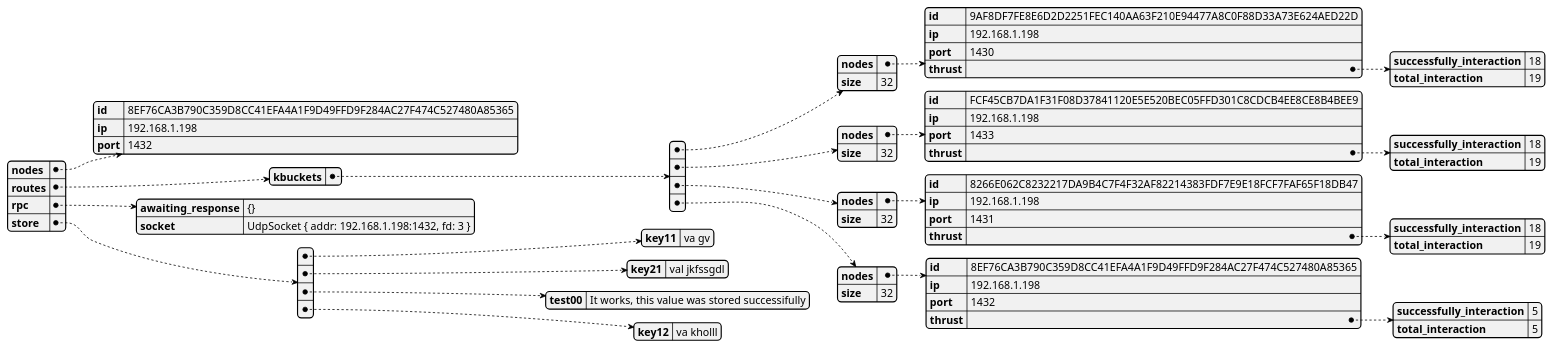
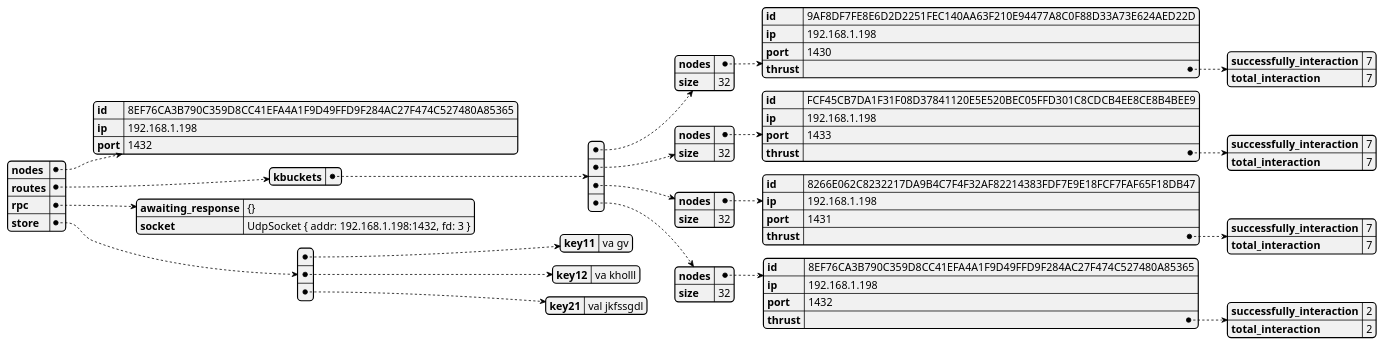
One commit to GoliathHagar/distributed_legder_kademlia changed the diagram in src/distributed_legder/state_dumps/self.json.plantuml. Above: the diagram before and after it, drawn with PlantUML. The commit also changed 9 other files, not shown here.

```diff
--- a/src/distributed_legder/state_dumps/self.json.plantuml
+++ b/src/distributed_legder/state_dumps/self.json.plantuml
@@ -1,3 +1,3 @@
 @startjson
-{"nodes":{"id":"8EF76CA3B790C359D8CC41EFA4A1F9D49FFD9F284AC27F474C527480A85365","ip":"192.168.1.198","port":1432},"routes":{"kbuckets":[{"nodes":{"id":"9AF8DF7FE8E6D2D2251FEC140AA63F210E94477A8C0F88D33A73E624AED22D","ip":"192.168.1.198","port":1430,"thrust":{"successfully_interaction":18,"total_interaction":19}},"size":32},{"nodes":{"id":"FCF45CB7DA1F31F08D37841120E5E520BEC05FFD301C8CDCB4EE8CE8B4BEE9","ip":"192.168.1.198","port":1433,"thrust":{"successfully_interaction":18,"total_interaction":19}},"size":32},{"nodes":{"id":"8266E062C8232217DA9B4C7F4F32AF82214383FDF7E9E18FCF7FAF65F18DB47","ip":"192.168.1.198","port":1431,"thrust":{"successfully_interaction":18,"total_interaction":19}},"size":32},{"nodes":{"id":"8EF76CA3B790C359D8CC41EFA4A1F9D49FFD9F284AC27F474C527480A85365","ip":"192.168.1.198","port":1432,"thrust":{"successfully_interaction":5,"total_interaction":5}},"size":32}]},"rpc":{"awaiting_response":"{}","socket":"UdpSocket { addr: 192.168.1.198:1432, fd: 3 }"},"store":[{"key11":"va gv"},{"key21":"val jkfssgdl"},{"test00":"It works, this value was stored successifully"},{"key12":"va kholll"}]}
+{"nodes":{"id":"8EF76CA3B790C359D8CC41EFA4A1F9D49FFD9F284AC27F474C527480A85365","ip":"192.168.1.198","port":1432},"routes":{"kbuckets":[{"nodes":{"id":"9AF8DF7FE8E6D2D2251FEC140AA63F210E94477A8C0F88D33A73E624AED22D","ip":"192.168.1.198","port":1430,"thrust":{"successfully_interaction":7,"total_interaction":7}},"size":32},{"nodes":{"id":"FCF45CB7DA1F31F08D37841120E5E520BEC05FFD301C8CDCB4EE8CE8B4BEE9","ip":"192.168.1.198","port":1433,"thrust":{"successfully_interaction":7,"total_interaction":7}},"size":32},{"nodes":{"id":"8266E062C8232217DA9B4C7F4F32AF82214383FDF7E9E18FCF7FAF65F18DB47","ip":"192.168.1.198","port":1431,"thrust":{"successfully_interaction":7,"total_interaction":7}},"size":32},{"nodes":{"id":"8EF76CA3B790C359D8CC41EFA4A1F9D49FFD9F284AC27F474C527480A85365","ip":"192.168.1.198","port":1432,"thrust":{"successfully_interaction":2,"total_interaction":2}},"size":32}]},"rpc":{"awaiting_response":"{}","socket":"UdpSocket { addr: 192.168.1.198:1432, fd: 3 }"},"store":[{"key11":"va gv"},{"key12":"va kholll"},{"key21":"val jkfssgdl"}]}
 @endjson
```
